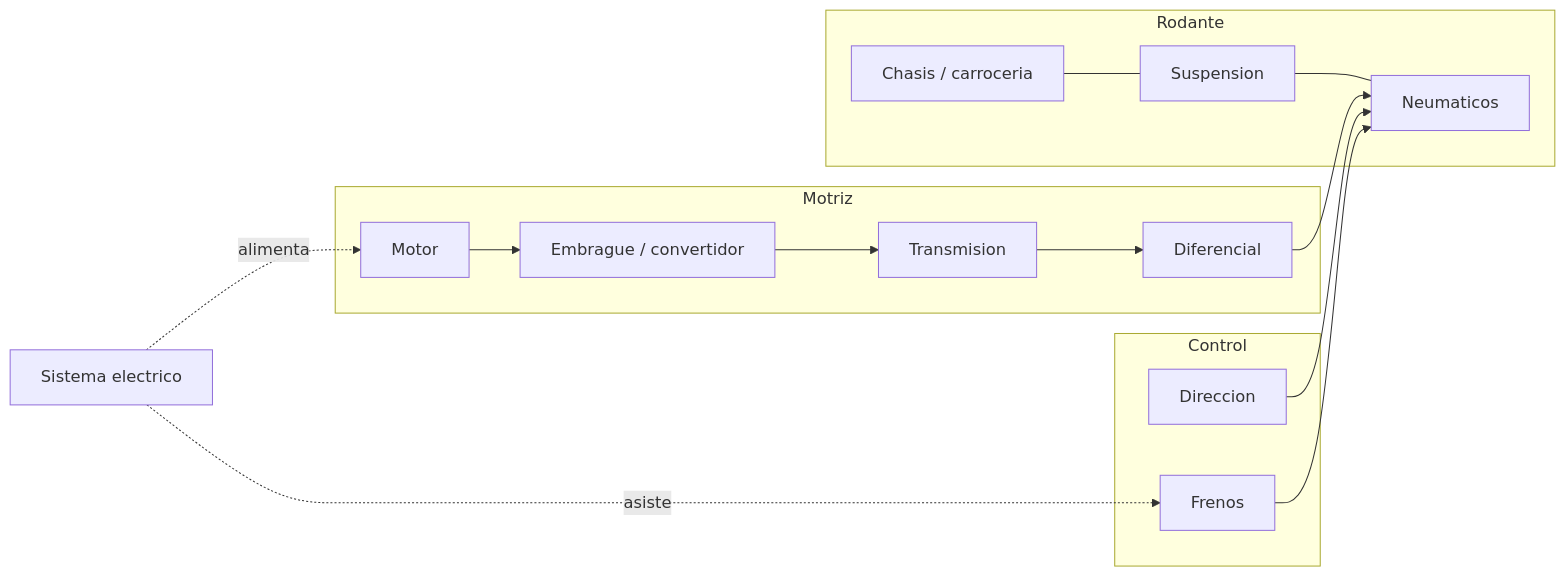
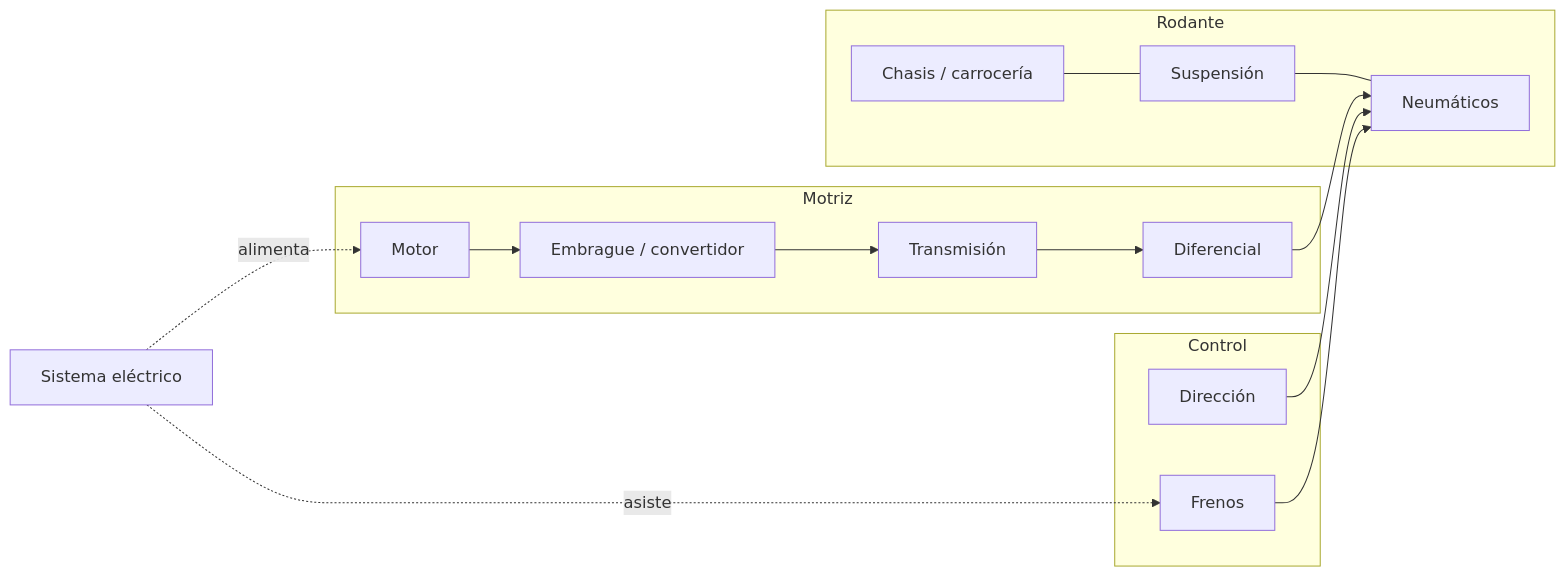
Before and after one commit to vladimiracunadev-create/machine-operator-program: the first of 5 diagrams in vehiculos/automoviles/operacion/sistemas-mecanicos-automovil.md, drawn with Mermaid. The commit also changed other lines of this file and 442 other files, not shown here.

````diff
--- a/vehiculos/automoviles/operacion/sistemas-mecanicos-automovil.md
+++ b/vehiculos/automoviles/operacion/sistemas-mecanicos-automovil.md
@@ -9,19 +9,19 @@
 ```mermaid
 flowchart LR
     subgraph Motriz
-        M[Motor] --> Emb[Embrague / convertidor] --> Cx[Transmision] --> Dif[Diferencial]
+        M[Motor] --> Emb[Embrague / convertidor] --> Cx[Transmisión] --> Dif[Diferencial]
     end
     subgraph Rodante
-        Ch[Chasis / carroceria] --- Su[Suspension]
-        Su --- N[Neumaticos]
+        Ch[Chasis / carrocería] --- Su[Suspensión]
+        Su --- N[Neumáticos]
     end
     subgraph Control
-        Dir[Direccion]
+        Dir[Dirección]
         Fr[Frenos]
     end
     Dif --> N
     Dir --> N
     Fr --> N
-    Elec[Sistema electrico] -. alimenta .-> M
+    Elec[Sistema eléctrico] -. alimenta .-> M
     Elec -. asiste .-> Fr
 ```
````
